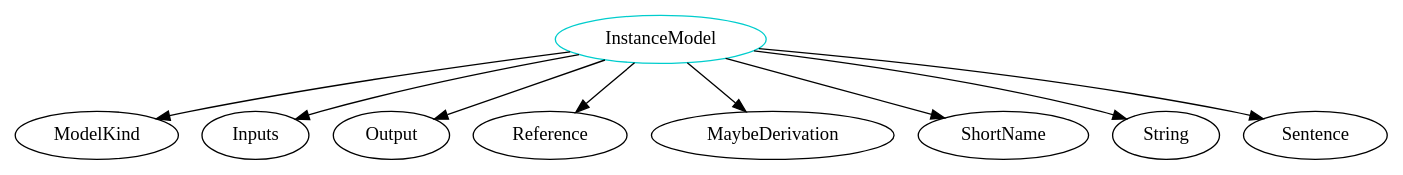
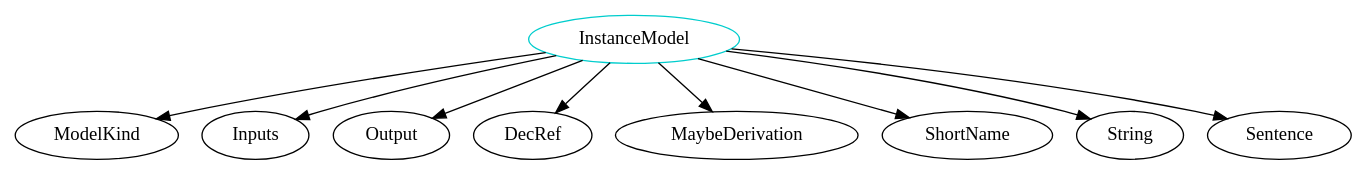
The diagram in analysis/TypeDependencyGraphs/theory/InstanceModel.dot (Ant13731/Drasil), drawn with Graphviz before and after one commit. The commit also changed 2710 other files, not shown here.

```diff
--- a/analysis/TypeDependencyGraphs/theory/InstanceModel.dot
+++ b/analysis/TypeDependencyGraphs/theory/InstanceModel.dot
@@ -1,11 +1,11 @@
 digraph instancemodel{
 InstanceModel -> ModelKind;
 InstanceModel -> Inputs;
 InstanceModel -> Output;
-InstanceModel -> Reference;
+InstanceModel -> DecRef;
 InstanceModel -> MaybeDerivation;
 InstanceModel -> ShortName;
 InstanceModel -> String;
 InstanceModel -> Sentence;
-InstanceModel	[shape=oval, color=cyan3, label=InstanceModel];
+InstanceModel	[shape=oval, color=cyan3, label="InstanceModel"];
 }
```
